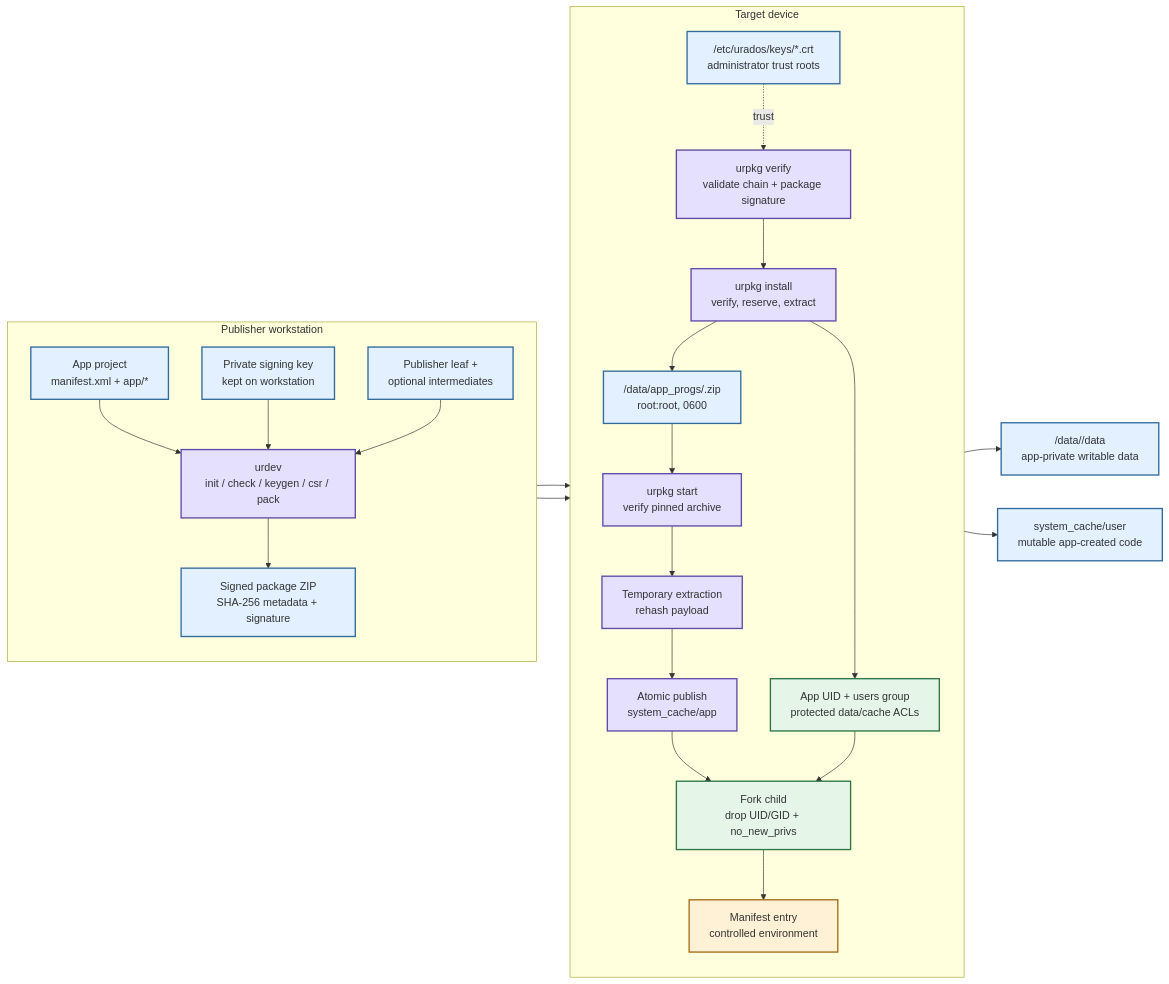
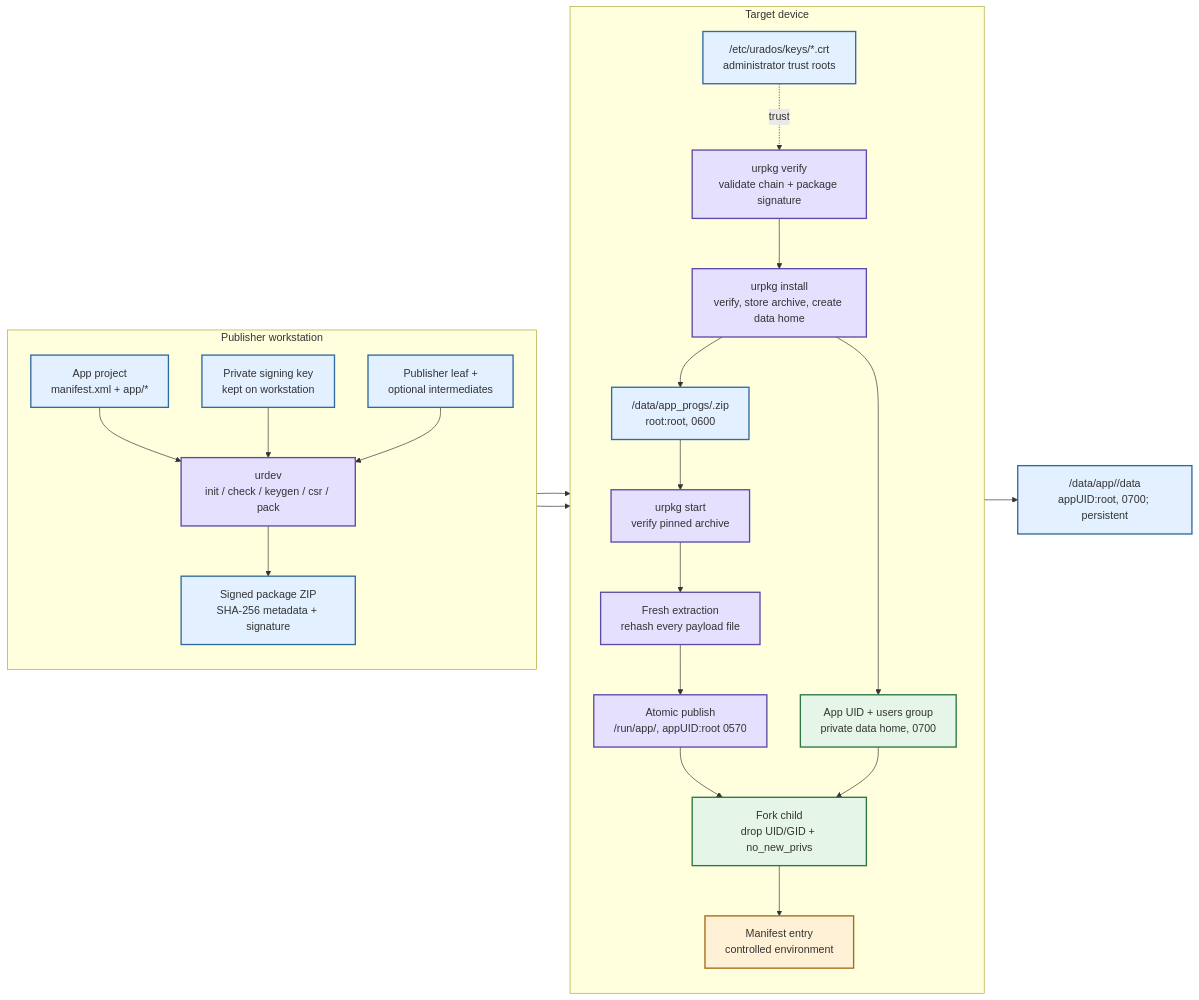
The diagram in docs/images/flow.mmd (project-urados/Urados), drawn with Mermaid before and after one commit. The commit also changed 21 other files, not shown here.

```diff
--- a/docs/images/flow.mmd
+++ b/docs/images/flow.mmd
@@ -1,48 +1,47 @@
 %% Urados package-manager lifecycle
 %% Render with: manus-render-diagram docs/images/flow.mmd docs/images/flow.png
 flowchart LR
     subgraph DEV[Publisher workstation]
         direction TB
         PROJECT["App project\nmanifest.xml + app/*"]
         URDEV["urdev\ninit / check / keygen / csr / pack"]
         KEY["Private signing key\nkept on workstation"]
         CHAIN["Publisher leaf +\noptional intermediates"]
         ZIP["Signed package ZIP\nSHA-256 metadata + signature"]
         PROJECT --> URDEV
         KEY --> URDEV
         CHAIN --> URDEV
         URDEV --> ZIP
     end
 
     ZIP --> VERIFY["urpkg verify\nvalidate chain + package signature"]
 
     subgraph DEVICE[Target device]
         direction TB
         ROOT["/etc/urados/keys/*.crt\nadministrator trust roots"]
-        INSTALL["urpkg install\nverify, reserve, extract"]
+        INSTALL["urpkg install\nverify, store archive, create data home"]
         ARCHIVE["/data/app_progs/<name>.zip\nroot:root, 0600"]
-        ID["App UID + users group\nprotected data/cache ACLs"]
+        ID["App UID + users group\nprivate data home, 0700"]
         START["urpkg start <name>\nverify pinned archive"]
-        STAGE["Temporary extraction\nrehash payload"]
-        PUBLISH["Atomic publish\nsystem_cache/app"]
+        STAGE["Fresh extraction\nrehash every payload file"]
+        PUBLISH["Atomic publish\n/run/app/<name>, appUID:root 0570"]
         DROP["Fork child\ndrop UID/GID + no_new_privs"]
         APP["Manifest entry\ncontrolled environment"]
         ROOT -. trust .-> VERIFY
         VERIFY --> INSTALL --> ARCHIVE
         INSTALL --> ID
         ARCHIVE --> START --> STAGE --> PUBLISH --> DROP --> APP
         ID --> DROP
     end
 
     ZIP --> VERIFY
-    APP --> DATA["/data/<name>/data\napp-private writable data"]
-    APP --> CACHE["system_cache/user\nmutable app-created code"]
+    APP --> DATA["/data/app/<name>/data\nappUID:root, 0700; persistent"]
 
     classDef command fill:#e6e0ff,stroke:#5e4aa8,stroke-width:2px;
     classDef storage fill:#e2f0ff,stroke:#316b9e,stroke-width:2px;
     classDef security fill:#e5f6e8,stroke:#2d7545,stroke-width:2px;
     classDef process fill:#fff1d6,stroke:#a56b16,stroke-width:2px;
-    class PROJECT,KEY,CHAIN,ZIP,ROOT,ARCHIVE,DATA,CACHE storage;
+    class PROJECT,KEY,CHAIN,ZIP,ROOT,ARCHIVE,DATA storage;
     class URDEV,VERIFY,INSTALL,START,STAGE,PUBLISH command;
     class ID,DROP security;
     class APP process;
```
